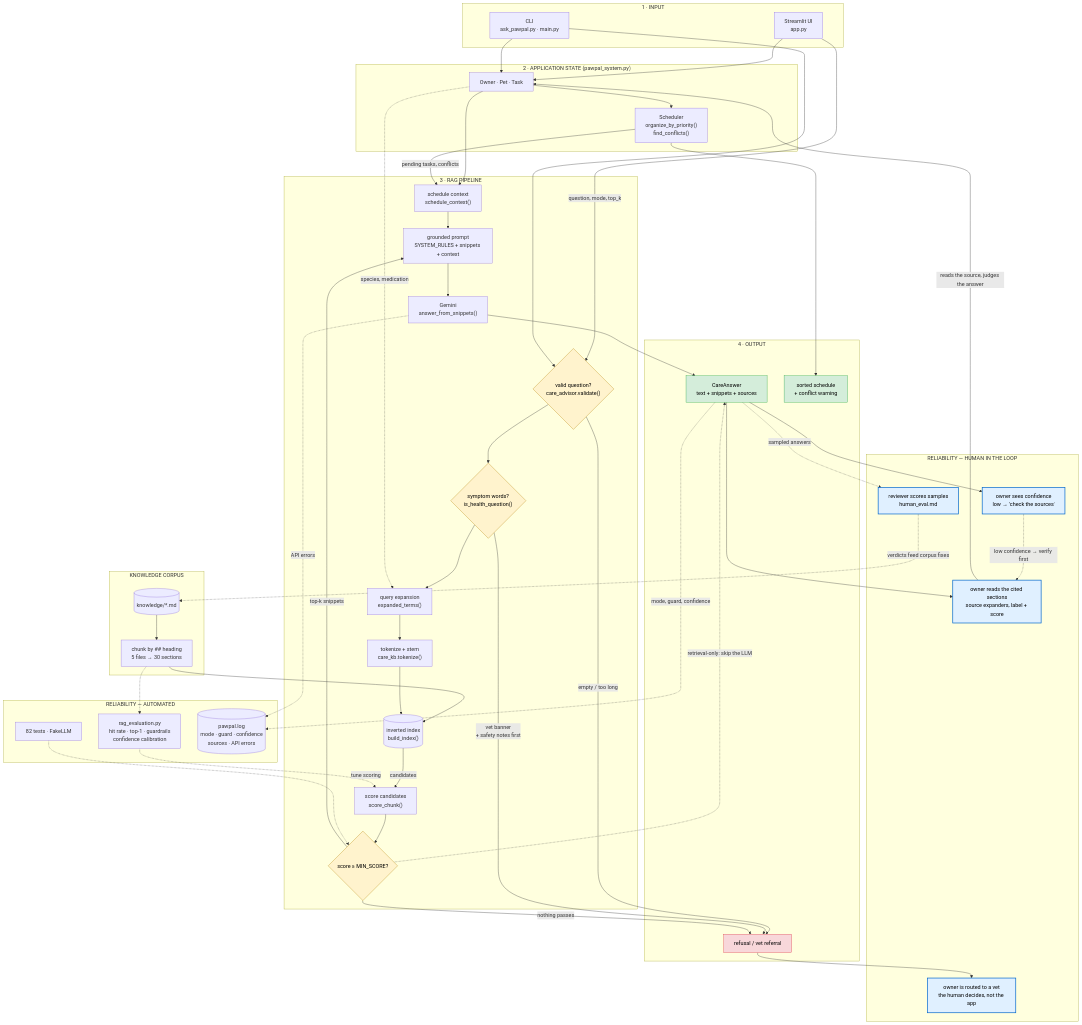
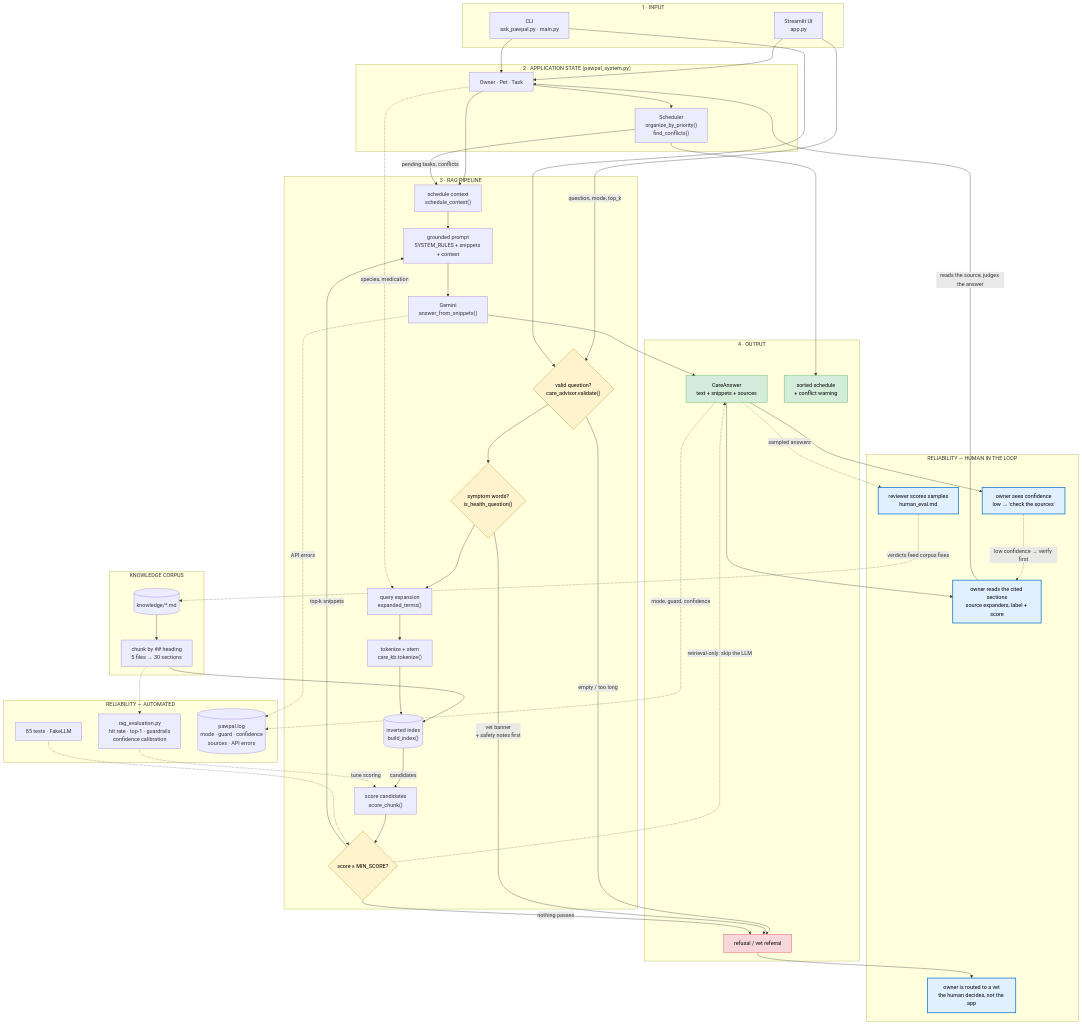
The diagram in README.md (kandiakpetrie/applied-ai-system-project), drawn with Mermaid before and after one commit. The commit also changed other lines of this file and 8 other files, not shown here.

```diff
--- a/README.md
+++ b/README.md
@@ -133,7 +133,7 @@
 
     subgraph EVAL["RELIABILITY — AUTOMATED"]
         EVALUATE["rag_evaluation.py<br/>hit rate · top-1 · guardrails<br/>confidence calibration"]
-        TESTS["82 tests · FakeLLM"]
+        TESTS["85 tests · FakeLLM"]
         LOGS[("pawpal.log<br/>mode · guard · confidence<br/>sources · API errors")]
     end
 
```
